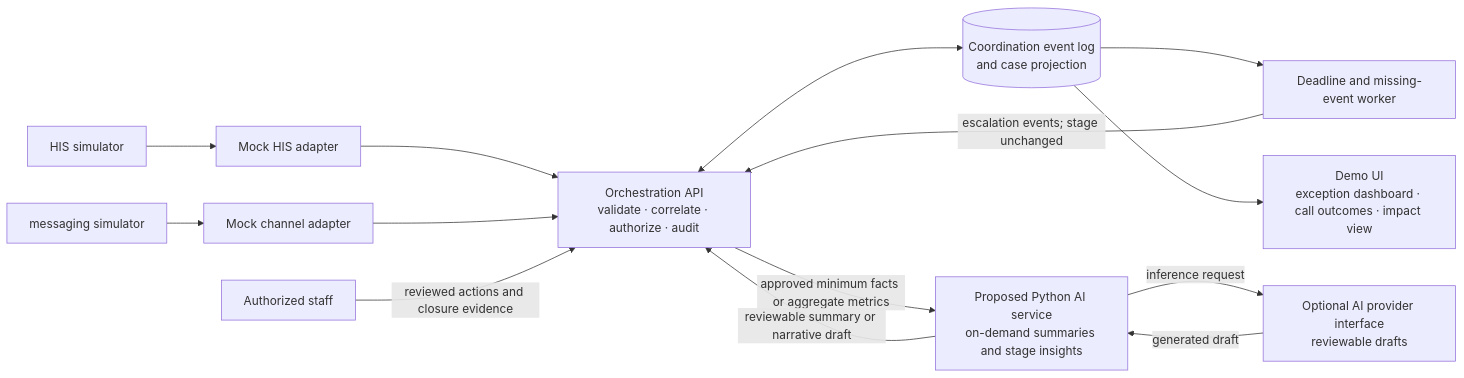
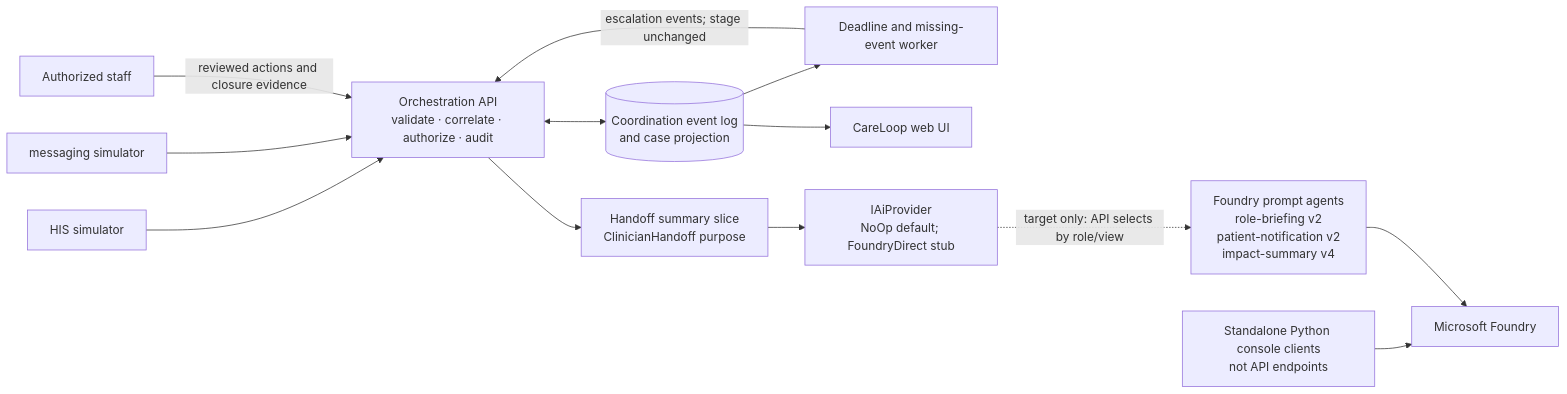
Before and after one commit to savannah-pulse/care-loop: the first of 2 diagrams in docs/ai-design/architecture.md, drawn with Mermaid. The commit also changed other lines of this file and 3 other files, not shown here.

Commit message:
docs: align AI design with current API and agents

````diff
--- a/docs/ai-design/architecture.md
+++ b/docs/ai-design/architecture.md
@@ -13,26 +13,28 @@
 ```mermaid
 flowchart LR
     HIS[HIS simulator]
     CHANNEL[messaging simulator]
-    HISADAPTER[Mock HIS adapter]
-    CHANNELADAPTER[Mock channel adapter]
     API[Orchestration API<br/>validate · correlate · authorize · audit]
     STORE[(Coordination event log<br/>and case projection)]
     WORKER[Deadline and missing-event worker]
-    UI[Demo UI<br/>exception dashboard · call outcomes · impact view]
-    AIWORKFLOW[Proposed Python AI service<br/>on-demand summaries and stage insights]
-    AIPROVIDER[Optional AI provider interface<br/>reviewable drafts]
+    UI[CareLoop web UI]
+    PROVIDER[IAiProvider<br/>NoOp default; FoundryDirect stub]
+    HANDOFF[Handoff summary slice<br/>ClinicianHandoff purpose]
+    AGENTS[Foundry prompt agents<br/>role-briefing v2<br/>patient-notification v2<br/>impact-summary v4]
+    SCRIPTS[Standalone Python console clients<br/>not API endpoints]
+    FOUNDRY[Microsoft Foundry]
     HUMAN[Authorized staff]
 
-    HIS --> HISADAPTER --> API
-    CHANNEL --> CHANNELADAPTER --> API
+    HIS --> API
+    CHANNEL --> API
     API <--> STORE
     STORE --> WORKER
     WORKER -->|escalation events; stage unchanged| API
     STORE --> UI
     HUMAN -->|reviewed actions and closure evidence| API
-    API -->|approved minimum facts or aggregate metrics| AIWORKFLOW
-    AIWORKFLOW -->|reviewable summary or narrative draft| API
-    AIWORKFLOW -->|inference request| AIPROVIDER
-    AIPROVIDER -->|generated draft| AIWORKFLOW
+    API --> HANDOFF
+    HANDOFF --> PROVIDER
+    PROVIDER -.->|target only: API selects by role/view| AGENTS
+    SCRIPTS --> FOUNDRY
+    AGENTS --> FOUNDRY
 ```
````
